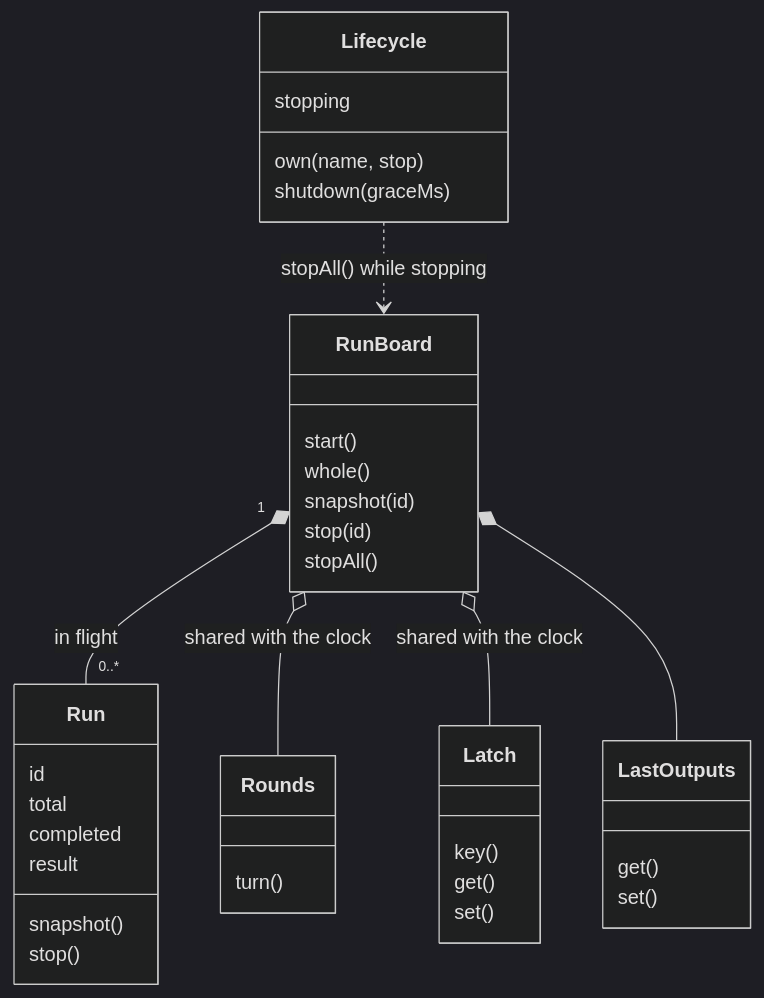
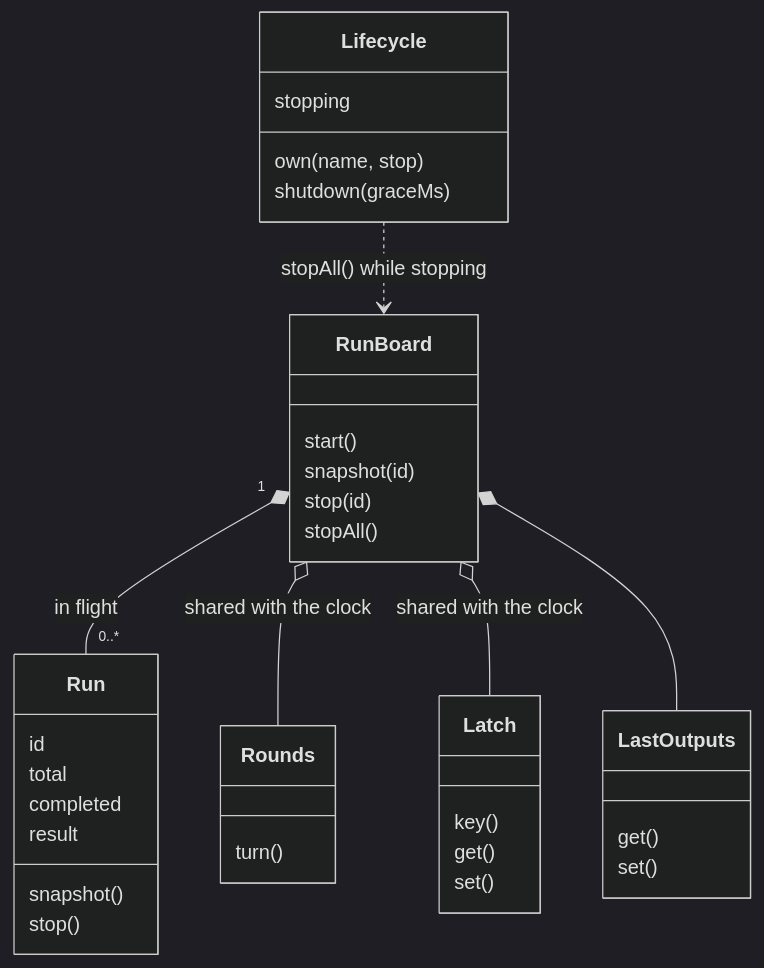
The sixth of 8 diagrams in arch/overview.md (Archimedes79/AI_Graph), drawn with Mermaid (dark theme) before and after one commit. The commit also changed 5 other files, not shown here.

````diff
--- a/arch/overview.md
+++ b/arch/overview.md
@@ -330,40 +330,39 @@
 ```mermaid
 classDiagram
   class Lifecycle {
     own(name, stop)
     shutdown(graceMs)
     stopping
   }
   class RunBoard {
     start()
-    whole()
     snapshot(id)
     stop(id)
     stopAll()
   }
   class Run {
     id
     total
     completed
     result
     snapshot()
     stop()
   }
   class Rounds {
     turn()
   }
   class Latch {
     key()
     get()
     set()
   }
   class LastOutputs {
     get()
     set()
   }
   RunBoard "1" *-- "0..*" Run : in flight
   RunBoard o-- Rounds : shared with the clock
   RunBoard o-- Latch : shared with the clock
   RunBoard *-- LastOutputs
   Lifecycle ..> RunBoard : stopAll() while stopping
 ```
````
